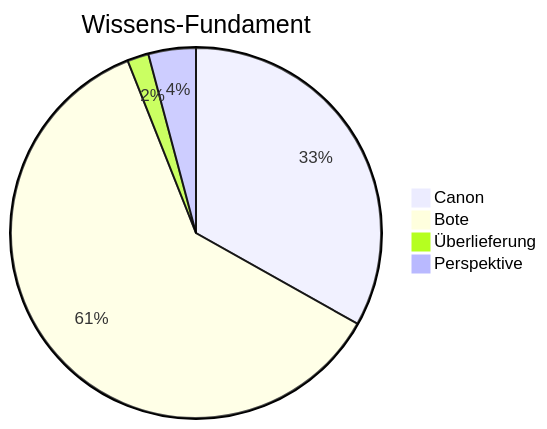
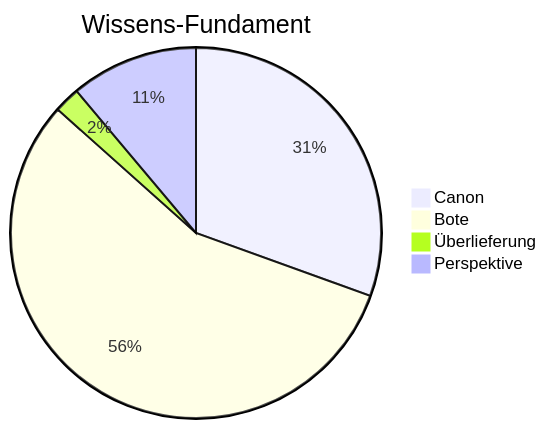
One commit to Siebenwind/7w_wiki changed the third of 4 diagrams in Siebenwind_Wiki/10_Archiv/Wiki_Statistiken.md. Above: the diagram before and after it, drawn with Mermaid. The commit also changed other lines of this file and 170 other files, not shown here.

````diff
--- a/Siebenwind_Wiki/10_Archiv/Wiki_Statistiken.md
+++ b/Siebenwind_Wiki/10_Archiv/Wiki_Statistiken.md
@@ -45,7 +45,7 @@
 ```mermaid
 pie title Wissens-Fundament
-    "Canon" : 552
+    "Canon" : 551
     "Bote" : 1013
-    "Überlieferung" : 31
-    "Perspektive" : 69
+    "Überlieferung" : 41
+    "Perspektive" : 201
 ```
````
